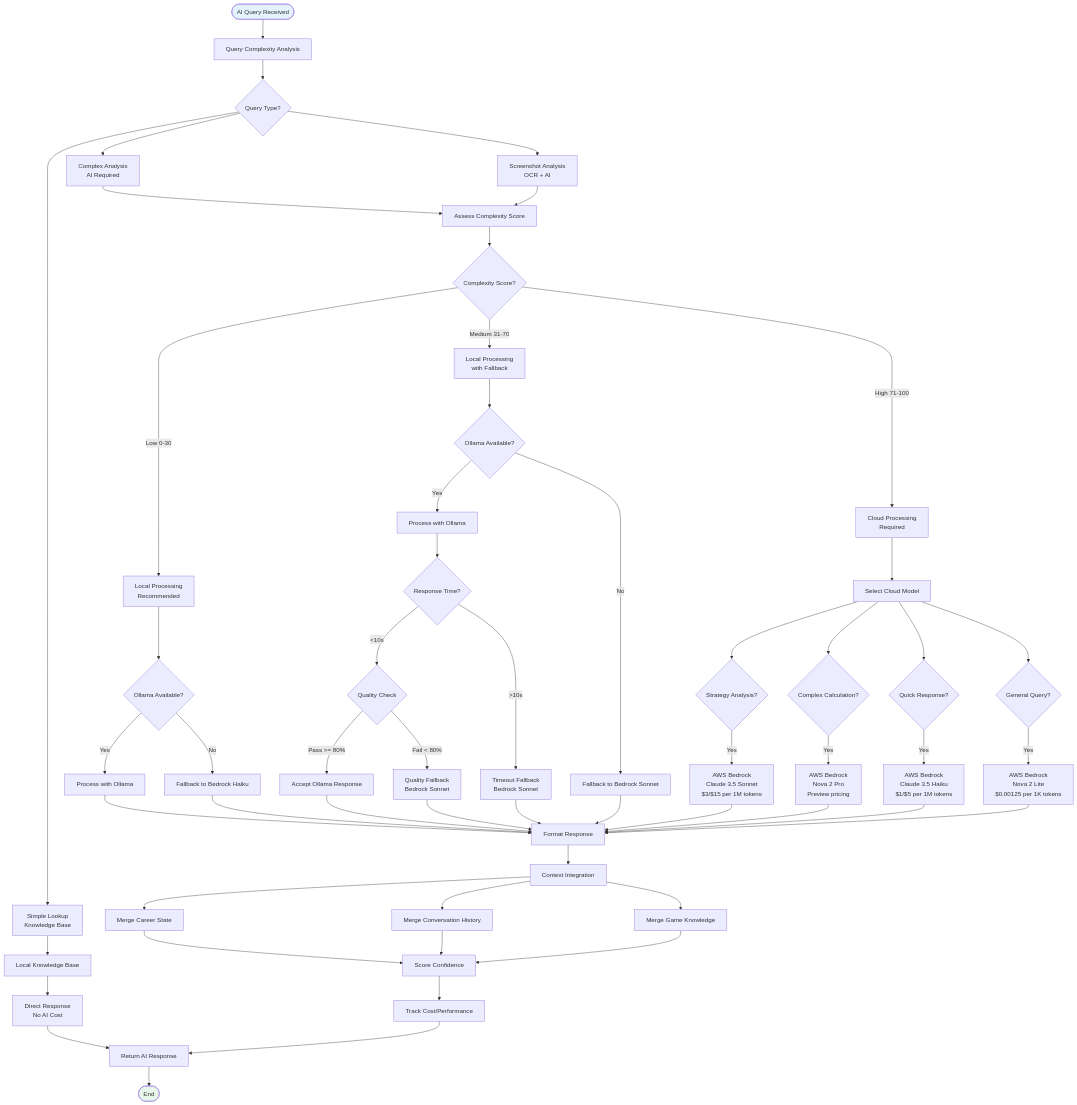
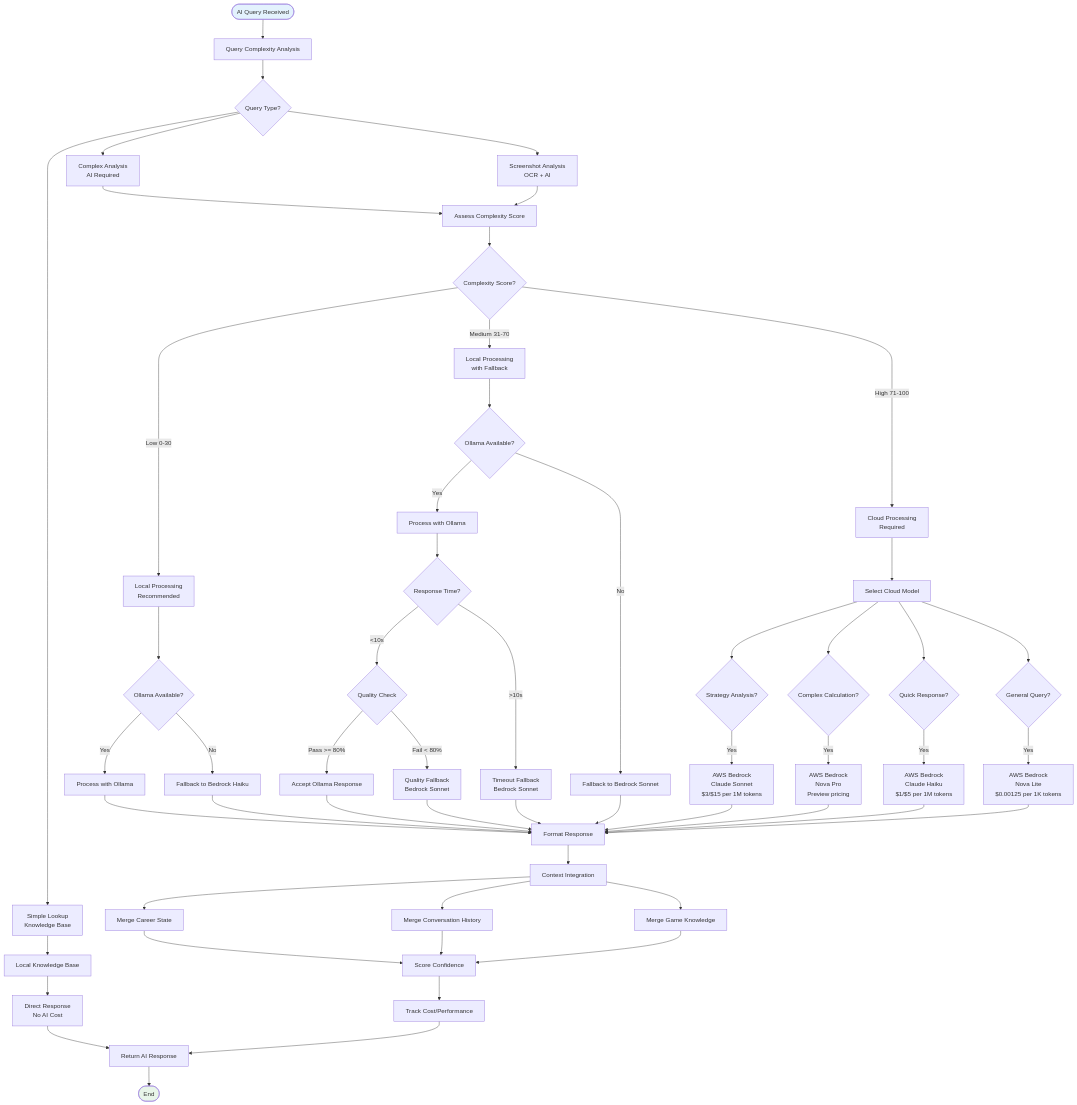
One commit to exatfrds67/umamusume-career-planner changed diagram 12 of 15 in docs/01-diagrams/decision-tree-flow-diagrams.md. Above: the diagram before and after it, drawn with Mermaid. The commit also changed other lines of this file and 111 other files, not shown here.

```diff
--- a/docs/01-diagrams/decision-tree-flow-diagrams.md
+++ b/docs/01-diagrams/decision-tree-flow-diagrams.md
@@ -986,10 +987,10 @@
     SelectCloudModel --> QuickResponse{Quick Response?}
     SelectCloudModel --> GeneralQuery{General Query?}
     
-    StrategyAnalysis -->|Yes| ClaudeSonnet[AWS Bedrock<br/>Claude 3.5 Sonnet<br/>$3/$15 per 1M tokens]
-    ComplexCalc -->|Yes| NovaPro[AWS Bedrock<br/>Nova 2 Pro<br/>Preview pricing]
-    QuickResponse -->|Yes| ClaudeHaiku[AWS Bedrock<br/>Claude 3.5 Haiku<br/>$1/$5 per 1M tokens]
-    GeneralQuery -->|Yes| NovaLite[AWS Bedrock<br/>Nova 2 Lite<br/>$0.00125 per 1K tokens]
+    StrategyAnalysis -->|Yes| ClaudeSonnet[AWS Bedrock<br/>Claude Sonnet<br/>$3/$15 per 1M tokens]
+    ComplexCalc -->|Yes| NovaPro[AWS Bedrock<br/>Nova Pro<br/>Preview pricing]
+    QuickResponse -->|Yes| ClaudeHaiku[AWS Bedrock<br/>Claude Haiku<br/>$1/$5 per 1M tokens]
+    GeneralQuery -->|Yes| NovaLite[AWS Bedrock<br/>Nova Lite<br/>$0.00125 per 1K tokens]
     
     %% Process Responses
     OllamaSimple --> FormatResponse[Format Response]
```
